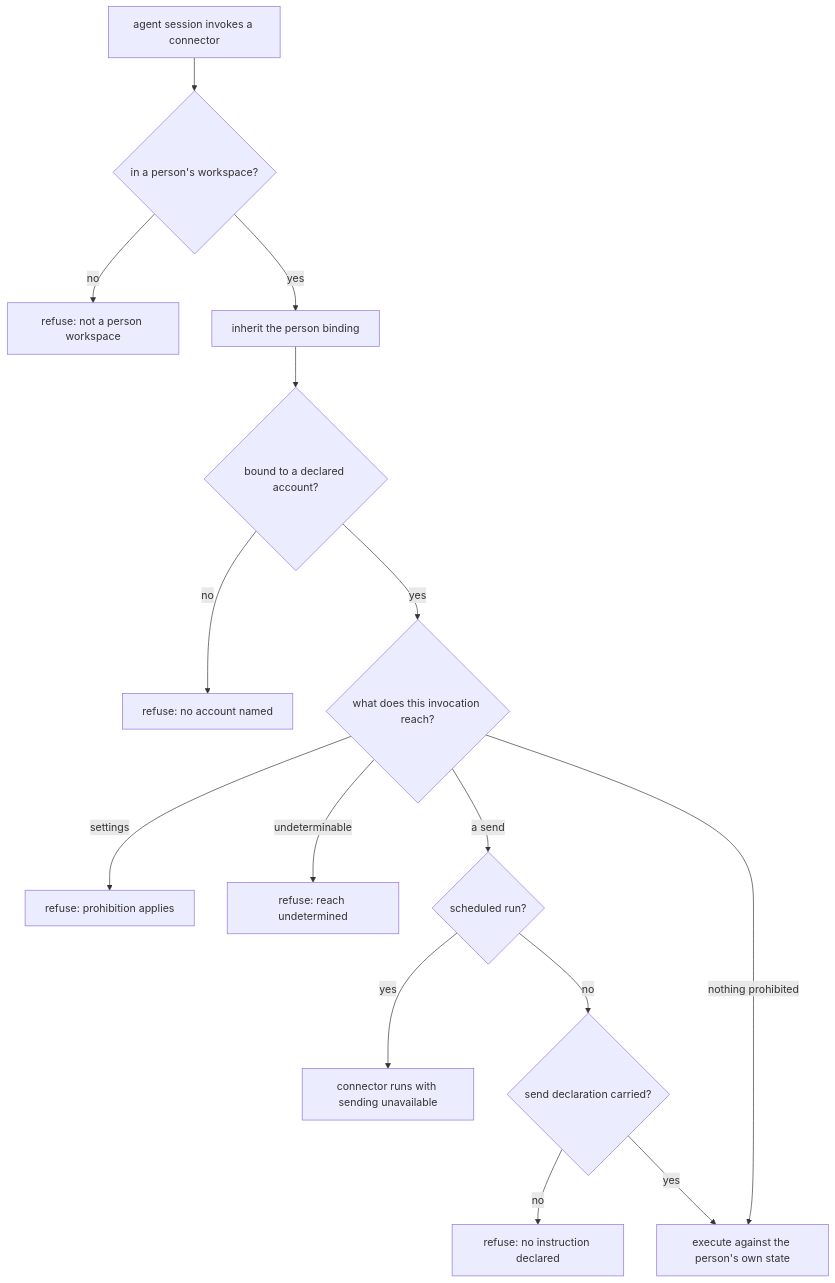
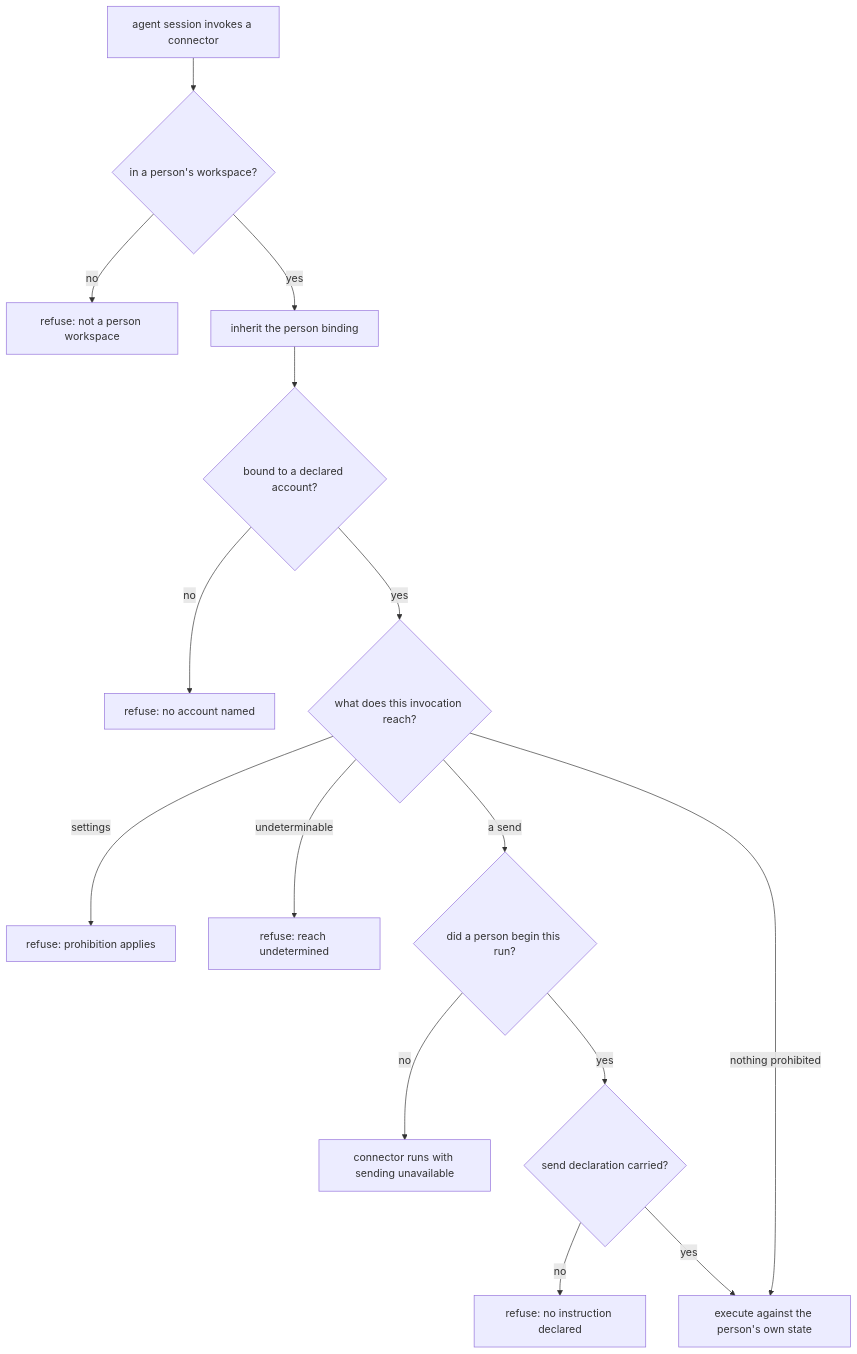
Before and after one commit to InstruktAI/TeleClaude: the diagram in docs/project/design/architecture/assistant-connector-boundary.md, drawn with Mermaid. The commit also changed other lines of this file and 2 other files, not shown here.

First line of the commit message:
docs(architecture,integration,personal): gate sending on which producer began the session, covering every run no person started

````diff
--- a/docs/project/design/architecture/assistant-connector-boundary.md
+++ b/docs/project/design/architecture/assistant-connector-boundary.md
@@ -159,17 +163,17 @@
 ```mermaid
 flowchart TD
     A[agent session invokes a connector] --> B{in a person's workspace?}
     B -- no --> R0[refuse: not a person workspace]
     B -- yes --> C[inherit the person binding]
     C --> D{bound to a declared account?}
     D -- no --> R1[refuse: no account named]
     D -- yes --> E{what does this invocation reach?}
     E -- settings --> R2[refuse: prohibition applies]
     E -- undeterminable --> R3[refuse: reach undetermined]
-    E -- a send --> F{scheduled run?}
-    F -- yes --> R4[connector runs with sending unavailable]
-    F -- no --> H{send declaration carried?}
+    E -- a send --> F{did a person begin this run?}
+    F -- no --> R4[connector runs with sending unavailable]
+    F -- yes --> H{send declaration carried?}
     H -- no --> R5[refuse: no instruction declared]
     H -- yes --> G
     E -- nothing prohibited --> G[execute against the person's own state]
 ```
````
